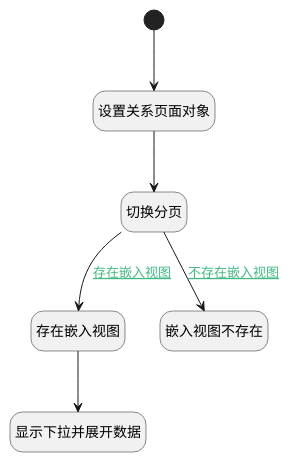
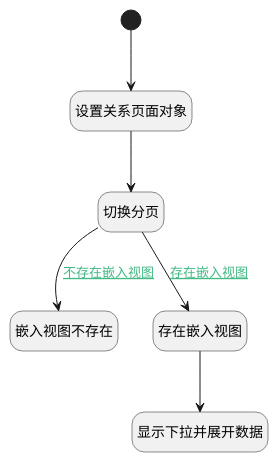
Before and after one commit to iBizLab/plm: the diagram in doc/docsify/module/ProjMgmt/work_item/uilogic/toolbar_link_idea.md, drawn with PlantUML. The commit also changed other lines of this file and 1276 other files, not shown here.

````diff
--- a/doc/docsify/module/ProjMgmt/work_item/uilogic/toolbar_link_idea.md
+++ b/doc/docsify/module/ProjMgmt/work_item/uilogic/toolbar_link_idea.md
@@ -7,27 +7,27 @@
 ```plantuml
 @startuml
 hide footbox
 <style>
 root {
   HyperlinkColor #42b983
 }
 </style>
 
 hide empty description
 state "开始" as Begin <<start>> [[$./toolbar_link_idea#begin {开始}]]
+state "设置关系页面对象" as PREPAREJSPARAM2  [[$./toolbar_link_idea#preparejsparam2 {设置关系页面对象}]]
+state "嵌入视图不存在" as RAWJSCODE2  [[$./toolbar_link_idea#rawjscode2 {嵌入视图不存在}]]
+state "存在嵌入视图" as PREPAREJSPARAM1  [[$./toolbar_link_idea#preparejsparam1 {存在嵌入视图}]]
+state "切换分页" as RAWJSCODE1  [[$./toolbar_link_idea#rawjscode1 {切换分页}]]
 state "显示下拉并展开数据" as DEUIACTION1  [[$./toolbar_link_idea#deuiaction1 {显示下拉并展开数据}]]
-state "设置关系页面对象" as PREPAREJSPARAM2  [[$./toolbar_link_idea#preparejsparam2 {设置关系页面对象}]]
-state "切换分页" as RAWJSCODE1  [[$./toolbar_link_idea#rawjscode1 {切换分页}]]
-state "存在嵌入视图" as PREPAREJSPARAM1  [[$./toolbar_link_idea#preparejsparam1 {存在嵌入视图}]]
-state "嵌入视图不存在" as RAWJSCODE2  [[$./toolbar_link_idea#rawjscode2 {嵌入视图不存在}]]
 
 
 Begin --> PREPAREJSPARAM2
 PREPAREJSPARAM2 --> RAWJSCODE1
 RAWJSCODE1 --> PREPAREJSPARAM1 : [[$./toolbar_link_idea#rawjscode1-preparejsparam1{存在嵌入视图} 存在嵌入视图]]
 PREPAREJSPARAM1 --> DEUIACTION1
 RAWJSCODE1 --> RAWJSCODE2 : [[$./toolbar_link_idea#rawjscode1-rawjscode2{不存在嵌入视图} 不存在嵌入视图]]
 
 
 @enduml
 ```
````
